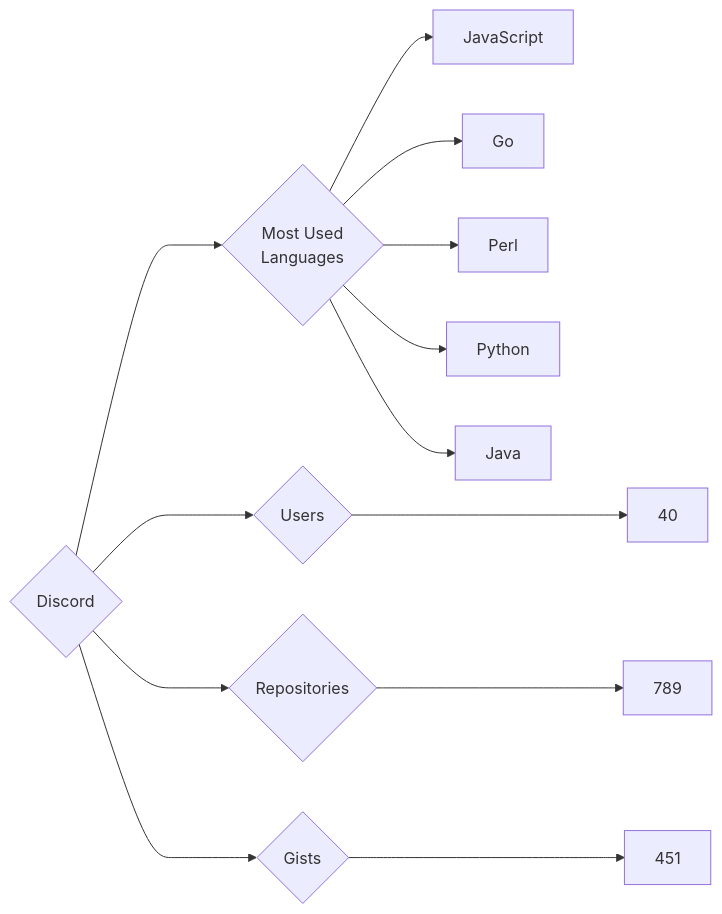
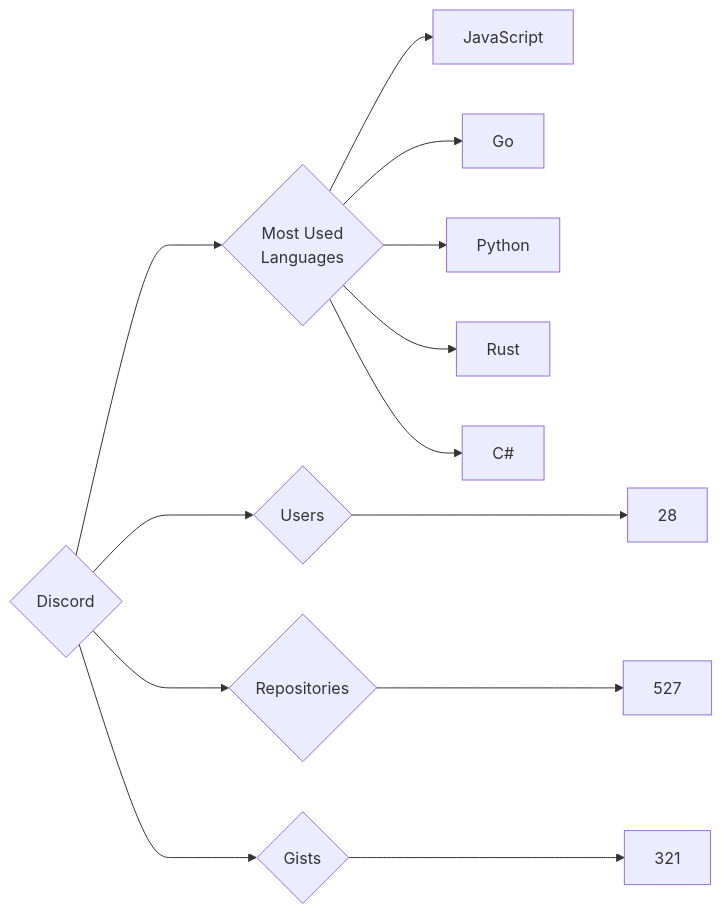
One commit to trickest/insiders changed the diagram in targets/Discord/README.md. Above: the diagram before and after it, drawn with Mermaid. The commit also changed 984 other files, not shown here.

````diff
--- a/targets/Discord/README.md
+++ b/targets/Discord/README.md
@@ -3,13 +3,13 @@
 ```mermaid
 graph LR
 COMPANY_NAME{Discord}
-COMPANY_NAME ---> U{Users} ---> UN[40]
-COMPANY_NAME ---> R{Repositories} ---> RN[789]
-COMPANY_NAME ---> G{Gists} ---> GN[451]
+COMPANY_NAME ---> U{Users} ---> UN[28]
+COMPANY_NAME ---> R{Repositories} ---> RN[527]
+COMPANY_NAME ---> G{Gists} ---> GN[321]
 COMPANY_NAME ---> ML{Most Used<br>Languages}
 ML --> JavaScript[JavaScript]
 ML --> Go[Go]
-ML --> Perl[Perl]
 ML --> Python[Python]
-ML --> Java[Java]
+ML --> Rust[Rust]
+ML --> C#[C#]
 ```
````
